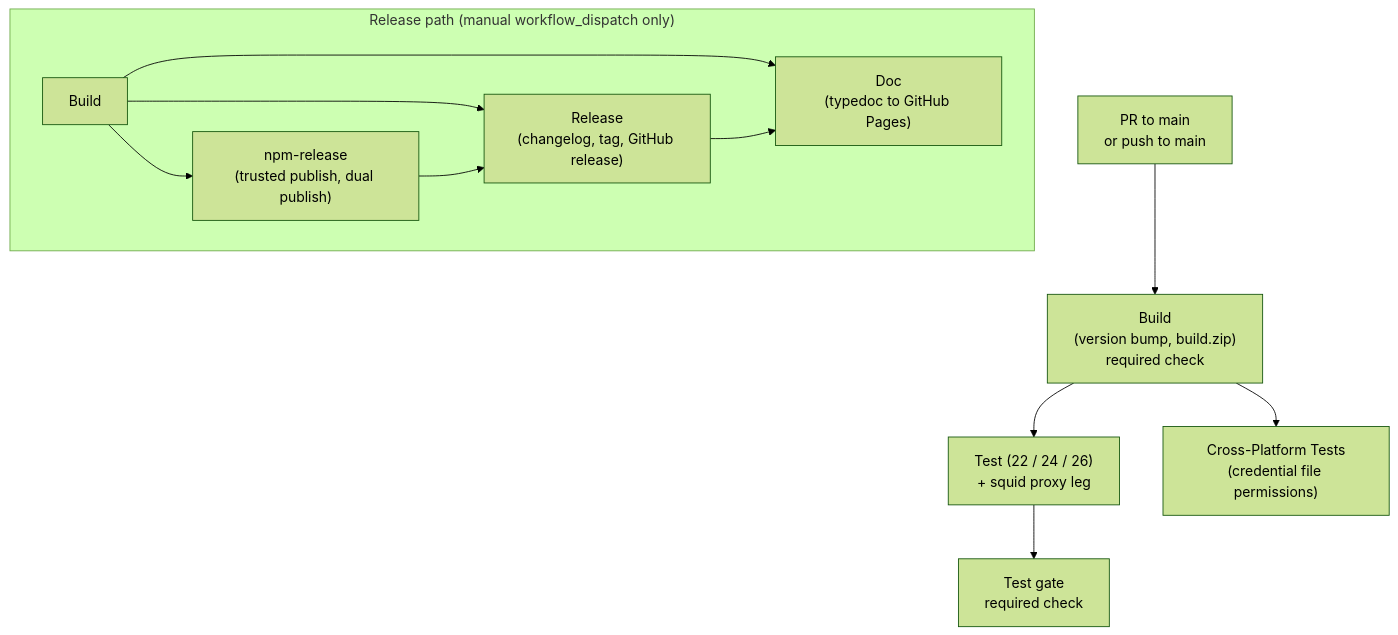
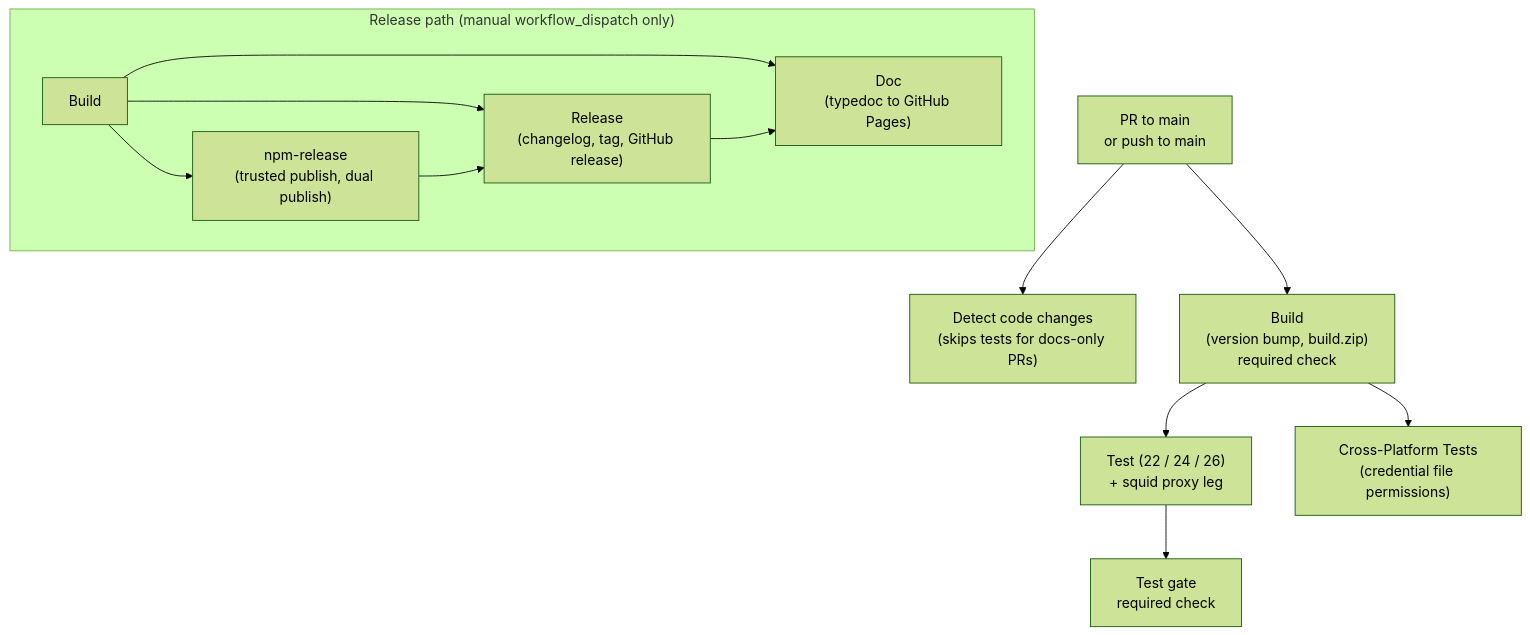
Before and after one commit to rockcarver/frodo-lib: the diagram in PIPELINE.md, drawn with Mermaid (forest theme). The commit also changed other lines of this file and 1 other file, not shown here.

Commit message:
chore: add job to detect code changes and skip tests for docs-only PRs

````diff
--- a/PIPELINE.md
+++ b/PIPELINE.md
@@ -14,15 +14,16 @@
 ```mermaid
 flowchart TD
-    PR["PR to main<br/>or push to main"] --> B["Build<br/>(version bump, build.zip)<br/>required check"]
+    PR["PR to main<br/>or push to main"] --> CH["Detect code changes<br/>(skips tests for docs-only PRs)"]
+    PR --> B["Build<br/>(version bump, build.zip)<br/>required check"]
     B --> T["Test (22 / 24 / 26)<br/>+ squid proxy leg"]
     B --> CP["Cross-Platform Tests<br/>(credential file permissions)"]
     T --> TG["Test gate<br/>required check"]
 
     subgraph RELPATH ["Release path (manual workflow_dispatch only)"]
         B2["Build"] --> NR["npm-release<br/>(trusted publish, dual publish)"]
         B2 --> R["Release<br/>(changelog, tag, GitHub release)"]
         NR --> R
         B2 --> DOC["Doc<br/>(typedoc to GitHub Pages)"]
         R --> DOC
     end
 ```
````
